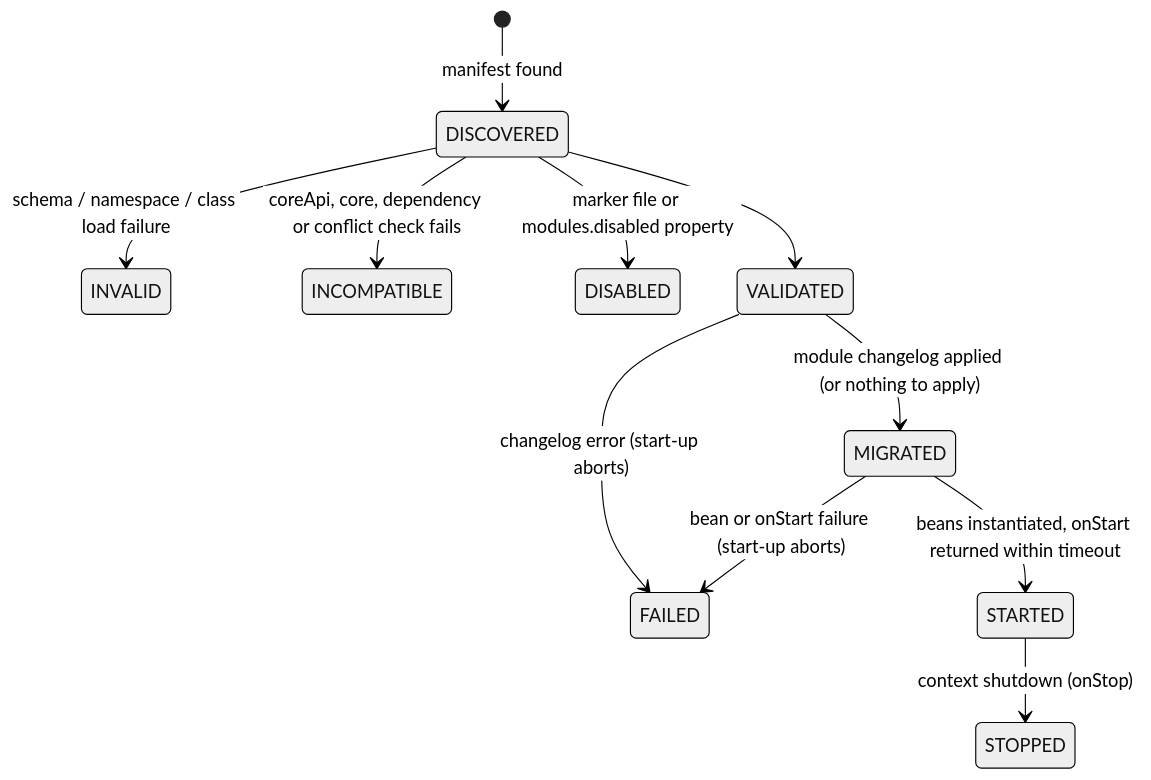
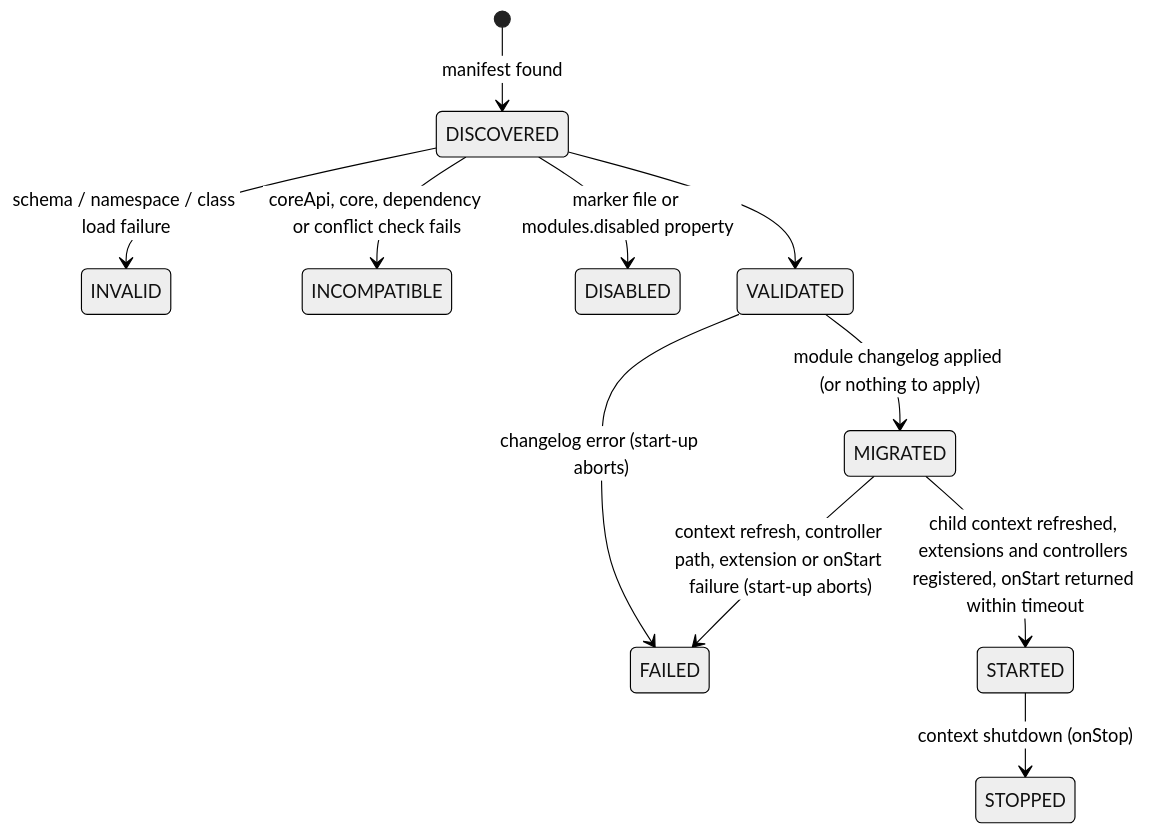
One commit to Agaba-derrick/OpenELIS-Global-2 changed the second of 8 diagrams in specs/plans/module-system-architecture.md. Above: the diagram before and after it, drawn with Mermaid (neutral theme). The commit also changed other lines of this file, not shown here.

First line of the commit message:
docs(architecture): reconcile the module system design with the modularization comparison (OGC-1577) (#4876)

````diff
--- a/specs/plans/module-system-architecture.md
+++ b/specs/plans/module-system-architecture.md
@@ -383,13 +520,13 @@
 ```mermaid
 stateDiagram-v2
   [*] --> DISCOVERED: manifest found
   DISCOVERED --> INVALID: schema / namespace / class load failure
   DISCOVERED --> INCOMPATIBLE: coreApi, core, dependency or conflict check fails
   DISCOVERED --> DISABLED: marker file or modules.disabled property
   DISCOVERED --> VALIDATED
   VALIDATED --> MIGRATED: module changelog applied (or nothing to apply)
   VALIDATED --> FAILED: changelog error (start-up aborts)
-  MIGRATED --> STARTED: beans instantiated, onStart returned within timeout
-  MIGRATED --> FAILED: bean or onStart failure (start-up aborts)
+  MIGRATED --> STARTED: child context refreshed, extensions and controllers registered, onStart returned within timeout
+  MIGRATED --> FAILED: context refresh, controller path, extension or onStart failure (start-up aborts)
   STARTED --> STOPPED: context shutdown (onStop)
 ```
````
